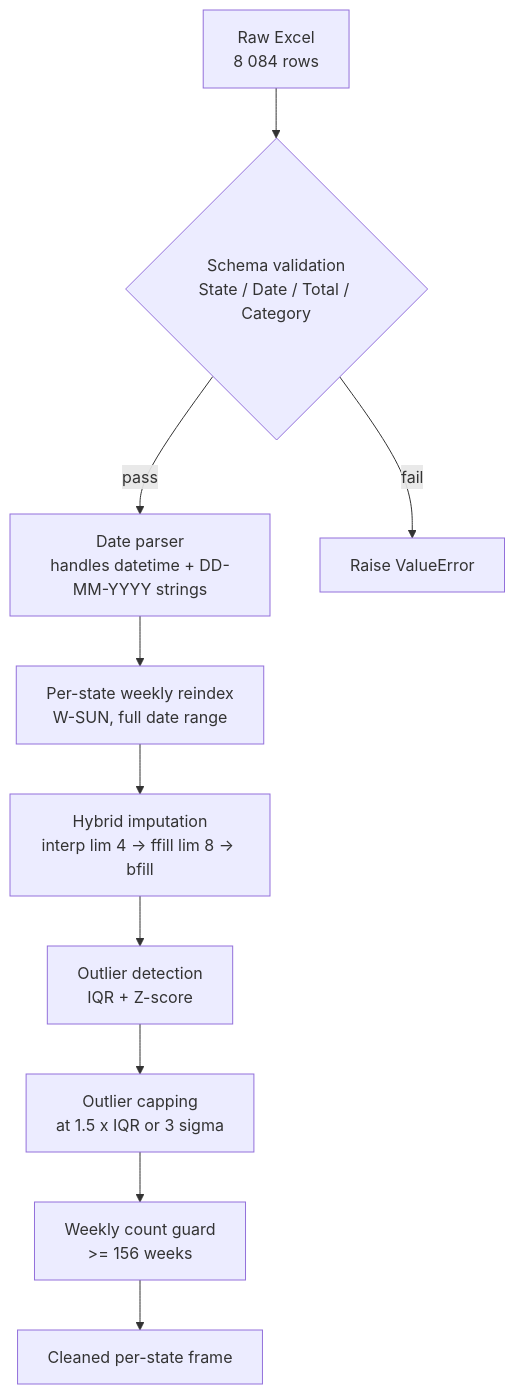
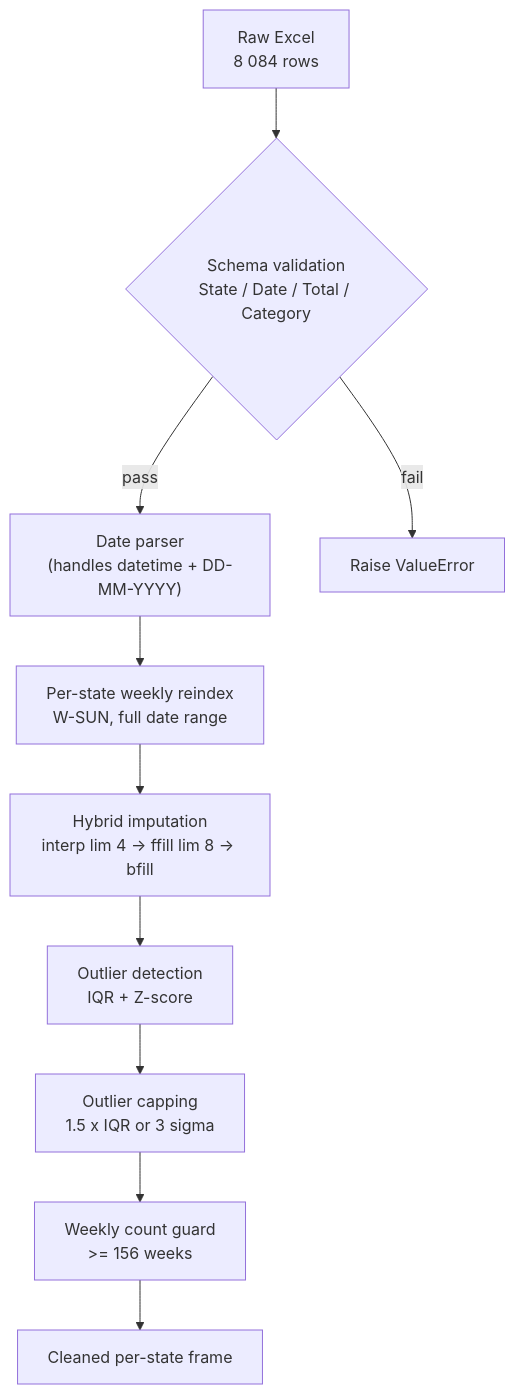
Before and after one commit to Nikkclaws/sales-forecasting-system: the third of 18 diagrams in PROJECT_REPORT.md, drawn with Mermaid. The commit also changed other lines of this file and 47 other files, not shown here.

````diff
--- a/PROJECT_REPORT.md
+++ b/PROJECT_REPORT.md
@@ -149,12 +244,12 @@
 ```mermaid
 flowchart TB
-    R[Raw Excel\n8 084 rows] --> V{Schema validation\nState / Date / Total / Category}
-    V -- pass --> P1[Date parser\nhandles datetime + DD-MM-YYYY strings]
-    V -- fail --> X[Raise ValueError]
-    P1 --> P2[Per-state weekly reindex\nW-SUN, full date range]
-    P2 --> P3[Hybrid imputation\ninterp lim 4 -> ffill lim 8 -> bfill]
-    P3 --> P4[Outlier detection\nIQR + Z-score]
-    P4 --> P5[Outlier capping\n at 1.5 x IQR or 3 sigma]
-    P5 --> P6[Weekly count guard\n>= 156 weeks]
-    P6 --> O[Cleaned per-state frame]
+    R["Raw Excel\n8 084 rows"] --> V{"Schema validation\nState / Date / Total / Category"}
+    V -- pass --> P1["Date parser\n(handles datetime + DD-MM-YYYY)"]
+    V -- fail --> X["Raise ValueError"]
+    P1 --> P2["Per-state weekly reindex\nW-SUN, full date range"]
+    P2 --> P3["Hybrid imputation\ninterp lim 4 -> ffill lim 8 -> bfill"]
+    P3 --> P4["Outlier detection\nIQR + Z-score"]
+    P4 --> P5["Outlier capping\n1.5 x IQR or 3 sigma"]
+    P5 --> P6["Weekly count guard\n>= 156 weeks"]
+    P6 --> O["Cleaned per-state frame"]
 ```
````
